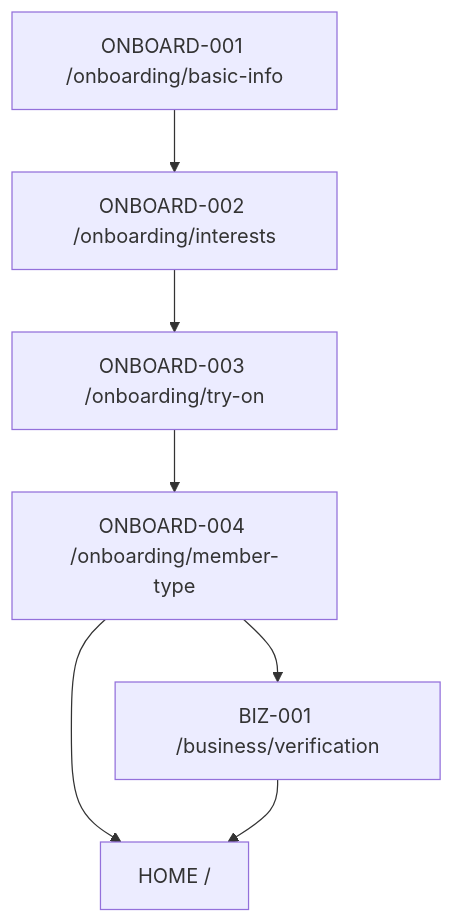
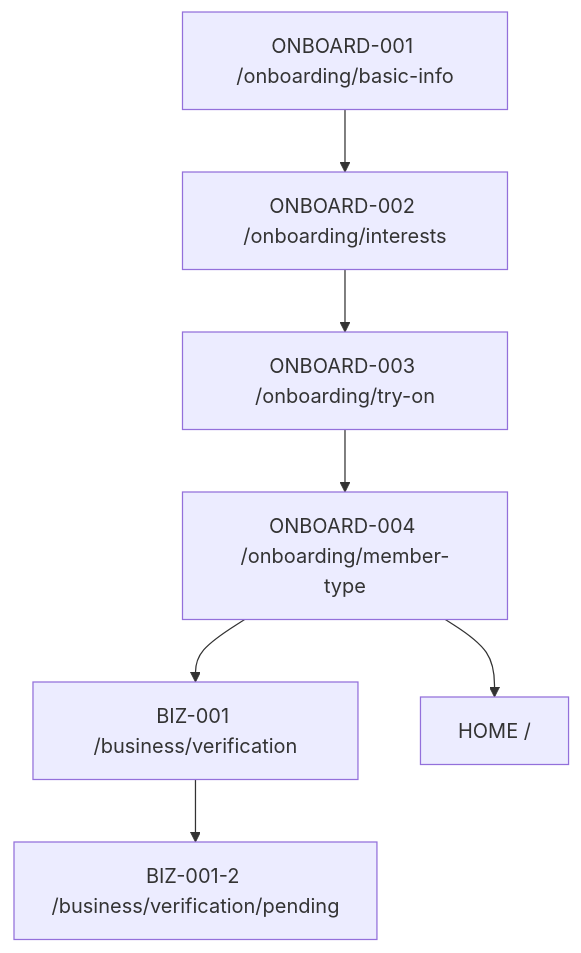
One commit to Team-vintib/Vintib-AI changed the second of 2 diagrams in FE/docs/frontend/flows/route-map.md. Above: the diagram before and after it, drawn with Mermaid. The commit also changed other lines of this file and 15 other files, not shown here.

````diff
--- a/FE/docs/frontend/flows/route-map.md
+++ b/FE/docs/frontend/flows/route-map.md
@@ -39,16 +39,17 @@
 ```mermaid
 flowchart TD
   Profile["ONBOARD-001 /onboarding/basic-info"]
   Interests["ONBOARD-002 /onboarding/interests"]
   TryOn["ONBOARD-003 /onboarding/try-on"]
   MemberType["ONBOARD-004 /onboarding/member-type"]
   Biz["BIZ-001 /business/verification"]
+  BizPending["BIZ-001-2 /business/verification/pending"]
   Home["HOME /"]
 
   Profile --> Interests
   Interests --> TryOn
   TryOn --> MemberType
   MemberType --> Home
   MemberType --> Biz
-  Biz --> Home
+  Biz --> BizPending
 ```
````
